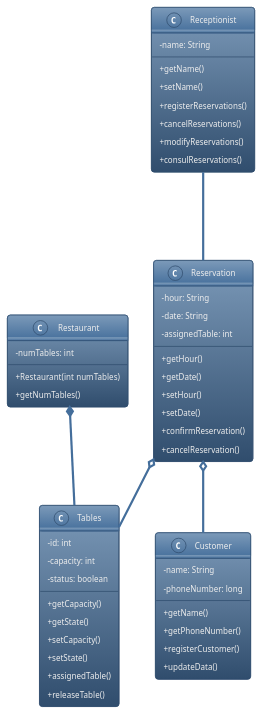
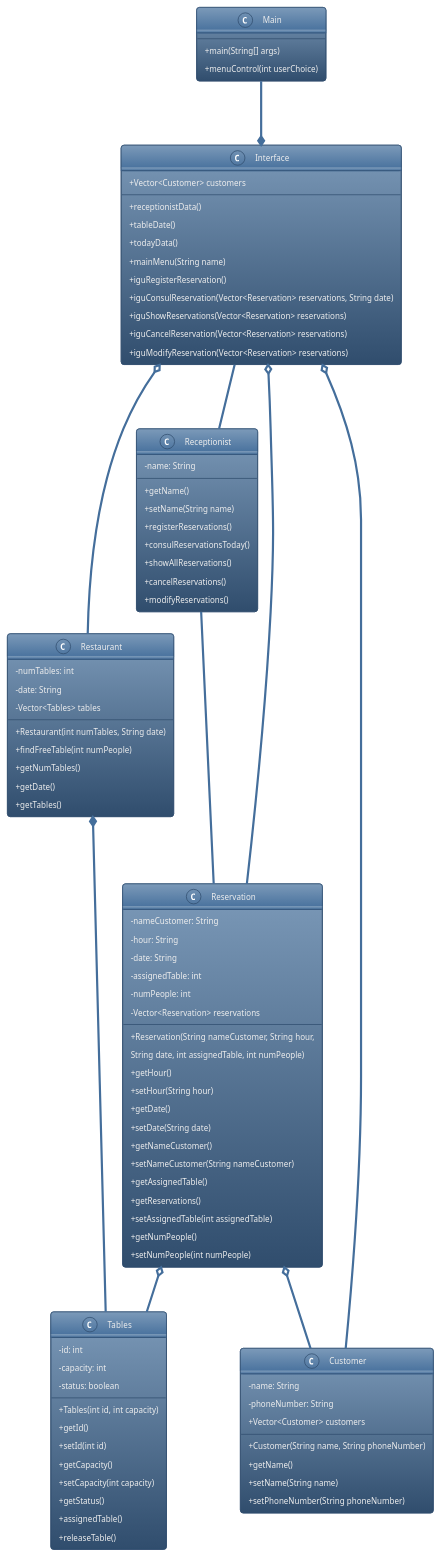
One commit to Andres0955/proyectoPoo changed the diagram in Sistema_De_Reservas/src/diagramaDeClases.puml. Above: the diagram before and after it, drawn with PlantUML. The commit also changed 7 other files, not shown here.

```diff
--- a/Sistema_De_Reservas/src/diagramaDeClases.puml
+++ b/Sistema_De_Reservas/src/diagramaDeClases.puml
@@ -1,65 +1,106 @@
 @startuml
 'https://plantuml.com/sequence-diagram
 skinparam classAttributeIconSize 0
 !theme spacelab
 class Restaurant{
     -numTables: int
+    -date: String
+    -Vector<Tables> tables
 
-    +Restaurant(int numTables)
+    +Restaurant(int numTables, String date)
+    +findFreeTable(int numPeople)
     +getNumTables()
-
+    +getDate()
+    +getTables()
 }
 
 class Reservation{
+    -nameCustomer: String
     -hour: String
     -date: String
     -assignedTable: int
+    -numPeople: int
+    -Vector<Reservation> reservations
 
+    +Reservation(String nameCustomer, String hour,
+    String date, int assignedTable, int numPeople)
     +getHour()
+    +setHour(String hour)
     +getDate()
-    +setHour()
-    +setDate()
-    +confirmReservation()
-    +cancelReservation()
+    +setDate(String date)
+    +getNameCustomer()
+    +setNameCustomer(String nameCustomer)
+    +getAssignedTable()
+    +getReservations()
+    +setAssignedTable(int assignedTable)
+    +getNumPeople()
+    +setNumPeople(int numPeople)
 }
 
 class Tables{
     -id: int
     -capacity: int
     -status: boolean
 
+    +Tables(int id, int capacity)
+    +getId()
+    +setId(int id)
     +getCapacity()
-    +getState()
-    +setCapacity()
-    +setState()
+    +setCapacity(int capacity)
+    +getStatus()
     +assignedTable()
     +releaseTable()
 }
 
 class Customer{
     -name: String
-    -phoneNumber: long
+    -phoneNumber: String
+    +Vector<Customer> customers
 
+    +Customer(String name, String phoneNumber)
     +getName()
-    +getPhoneNumber()
-    +registerCustomer()
-    +updateData()
+    +setName(String name)
+    +setPhoneNumber(String phoneNumber)
 }
 
 class Receptionist{
     -name: String
 
     +getName()
-    +setName()
+    +setName(String name)
     +registerReservations()
+    +consulReservationsToday()
+    +showAllReservations()
     +cancelReservations()
     +modifyReservations()
-    +consulReservations()
+}
+
+class Main{
+    +main(String[] args)
+    +menuControl(int userChoice)
+}
+
+class Interface{
+    +Vector<Customer> customers
+    +receptionistData()
+    +tableDate()
+    +todayData()
+    +mainMenu(String name)
+    +iguRegisterReservation()
+    +iguConsulReservation(Vector<Reservation> reservations, String date)
+    +iguShowReservations(Vector<Reservation> reservations)
+    +iguCancelReservation(Vector<Reservation> reservations)
+    +iguModifyReservation(Vector<Reservation> reservations)
 }
 
 Restaurant *-- Tables
 Reservation o-- Tables
 Reservation o-- Customer
 Receptionist --- Reservation
+Main --* Interface : usa
+Interface o-- Restaurant
+Interface o-- Reservation
+Interface o-- Customer
+Interface -- Receptionist : usa
 
 @enduml
```
